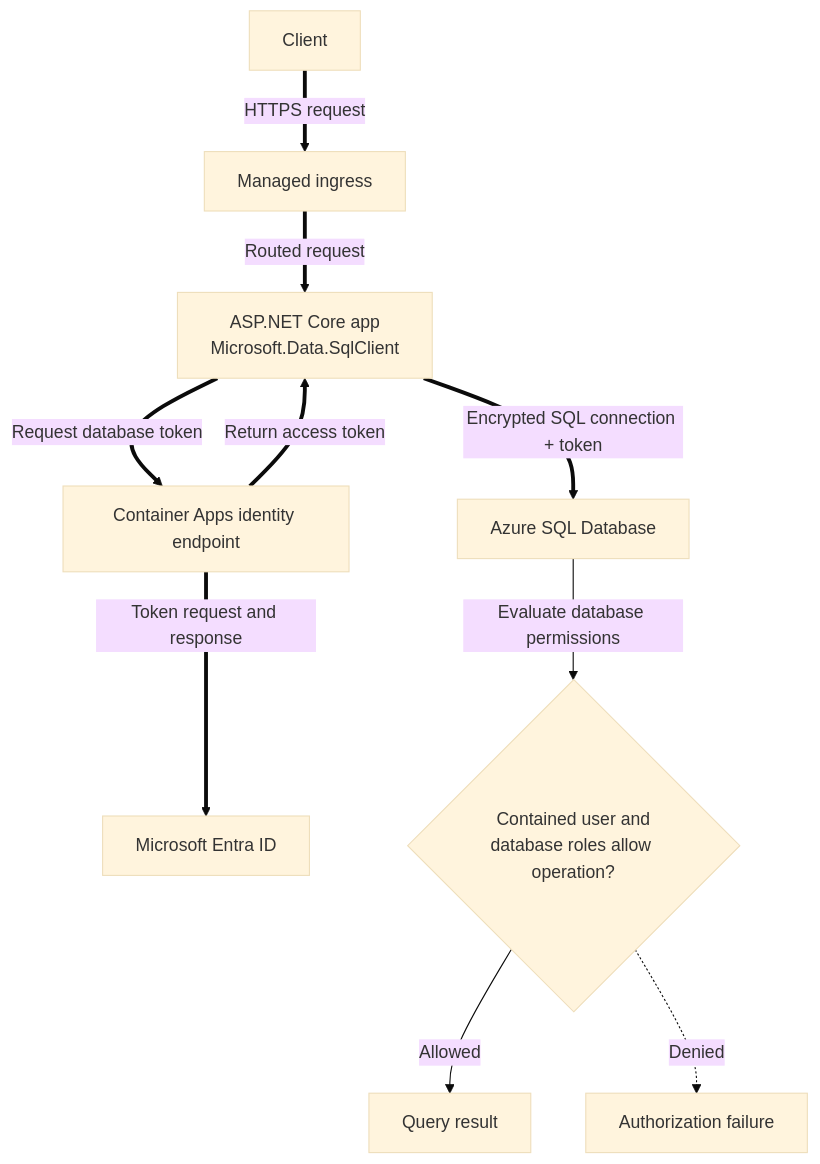
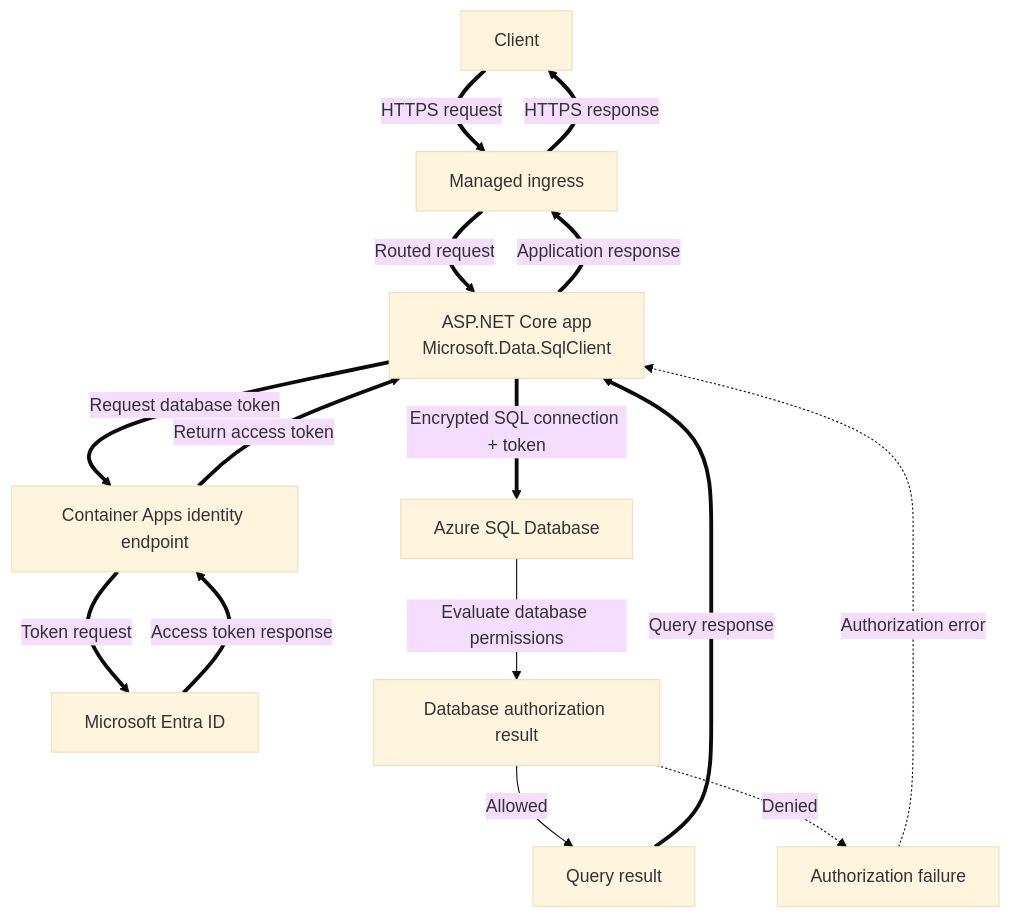
The diagram in docs/language-guides/dotnet/recipes/azure-sql.md (yeongseon/azure-container-apps-practical-guide), drawn with Mermaid (base theme) before and after one commit. The commit also changed other lines of this file and 22 other files, not shown here.

````diff
--- a/docs/language-guides/dotnet/recipes/azure-sql.md
+++ b/docs/language-guides/dotnet/recipes/azure-sql.md
@@ -19,24 +19,29 @@
 ```mermaid
 flowchart TD
     accTitle: Passwordless Azure SQL request from an ASP.NET Core container app
     accDescr: A client request reaches the app through managed ingress. SqlClient obtains a database access token through the app's managed identity, then opens an encrypted SQL connection. Azure SQL separately authorizes the contained database user and roles.
     CLIENT[Client]
     INGRESS[Managed ingress]
     APP[ASP.NET Core app<br/>Microsoft.Data.SqlClient]
     ENDPOINT[Container Apps identity endpoint]
     ENTRA[Microsoft Entra ID]
     SQL[Azure SQL Database]
-    AUTHZ{Contained user and<br/>database roles allow operation?}
+    AUTHZ[Database authorization result]
     RESULT[Query result]
     DENIED[Authorization failure]
 
     CLIENT ==>|"HTTPS request"| INGRESS
     INGRESS ==>|"Routed request"| APP
     APP ==>|"Request database token"| ENDPOINT
-    ENDPOINT ==>|"Token request and response"| ENTRA
+    ENDPOINT ==>|"Token request"| ENTRA
+    ENTRA ==>|"Access token response"| ENDPOINT
     ENDPOINT ==>|"Return access token"| APP
     APP ==>|"Encrypted SQL connection + token"| SQL
     SQL -->|"Evaluate database permissions"| AUTHZ
     AUTHZ -->|"Allowed"| RESULT
     AUTHZ -.->|"Denied"| DENIED
+    RESULT ==>|"Query response"| APP
+    DENIED -.->|"Authorization error"| APP
+    APP ==>|"Application response"| INGRESS
+    INGRESS ==>|"HTTPS response"| CLIENT
 ```
````
